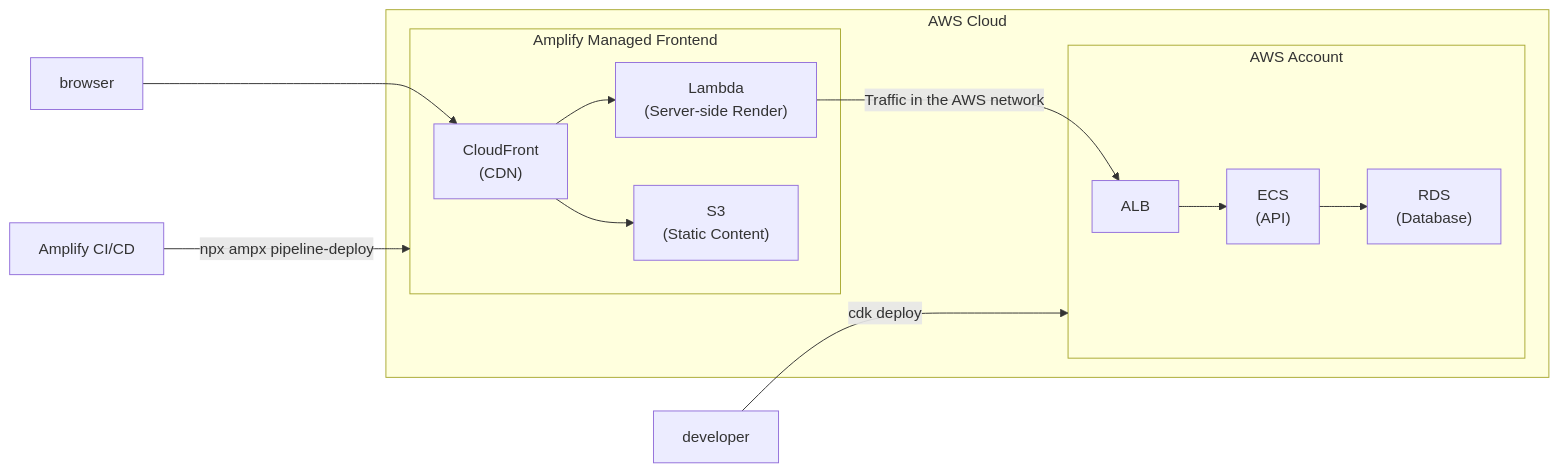
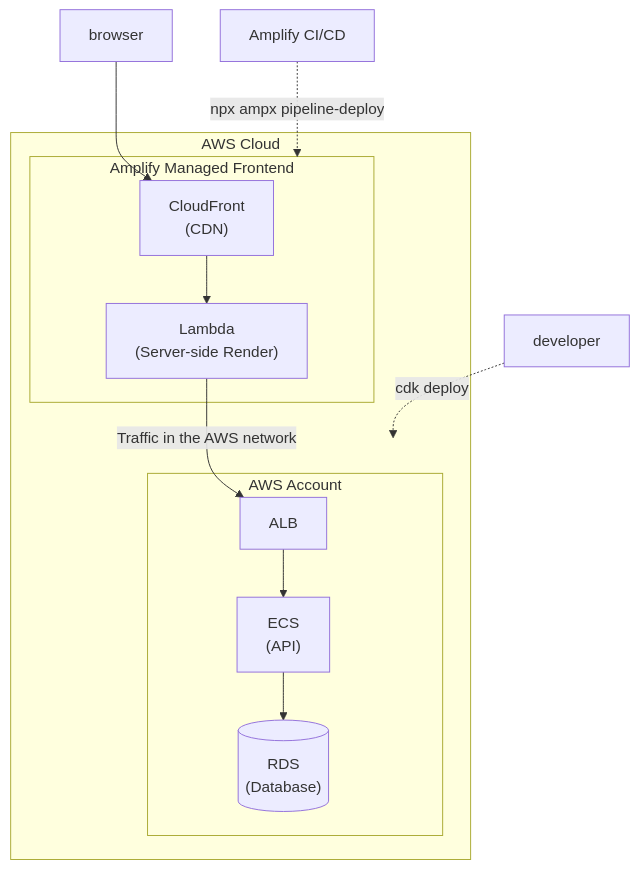
The diagram in articles/01c2d60171edbd.md (danny-yamamoto/zenn-docs), drawn with Mermaid before and after one commit. The commit also changed other lines of this file and 1 other file, not shown here.

````diff
--- a/articles/01c2d60171edbd.md
+++ b/articles/01c2d60171edbd.md
@@ -84,28 +100,25 @@
 ```mermaid
-flowchart LR
+flowchart TD
     subgraph aws["AWS Cloud"]
         subgraph amplify["Amplify Managed Frontend"]
             cloudfront["CloudFront
             (CDN)"]
             lambda["Lambda
             (Server-side Render)"]
-            s3["S3
-            (Static Content)"]
         end
         subgraph account["AWS Account"]
             alb[ALB]
             ecs["ECS
             (API)"]
-            rds["RDS
-            (Database)"]
+            rds[("RDS
+            (Database)")]
         end
     end
     browser --> cloudfront
     cloudfront --> lambda
-    cloudfront --> s3
     lambda -->|Traffic in the AWS network| alb
     alb --> ecs
     ecs --> rds
-    cicd["Amplify CI/CD"] -->|npx ampx pipeline-deploy| amplify
-    developer -->|cdk deploy| account
+    cicd["Amplify CI/CD"] -.->|npx ampx pipeline-deploy| amplify
+    developer -.->|cdk deploy| account
 ```
````
